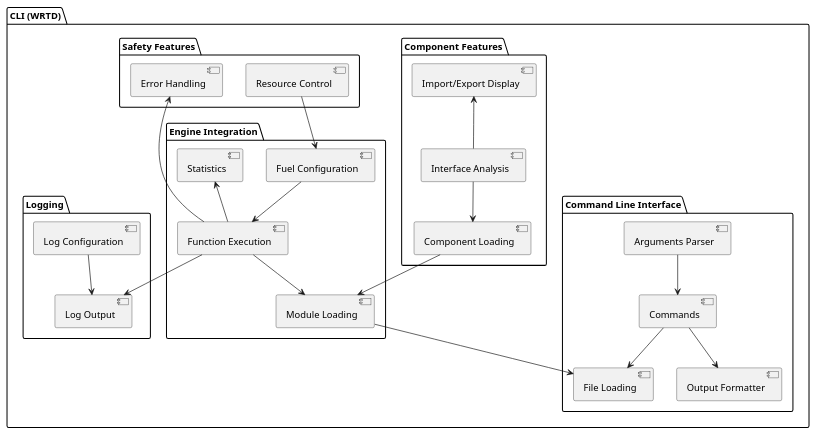
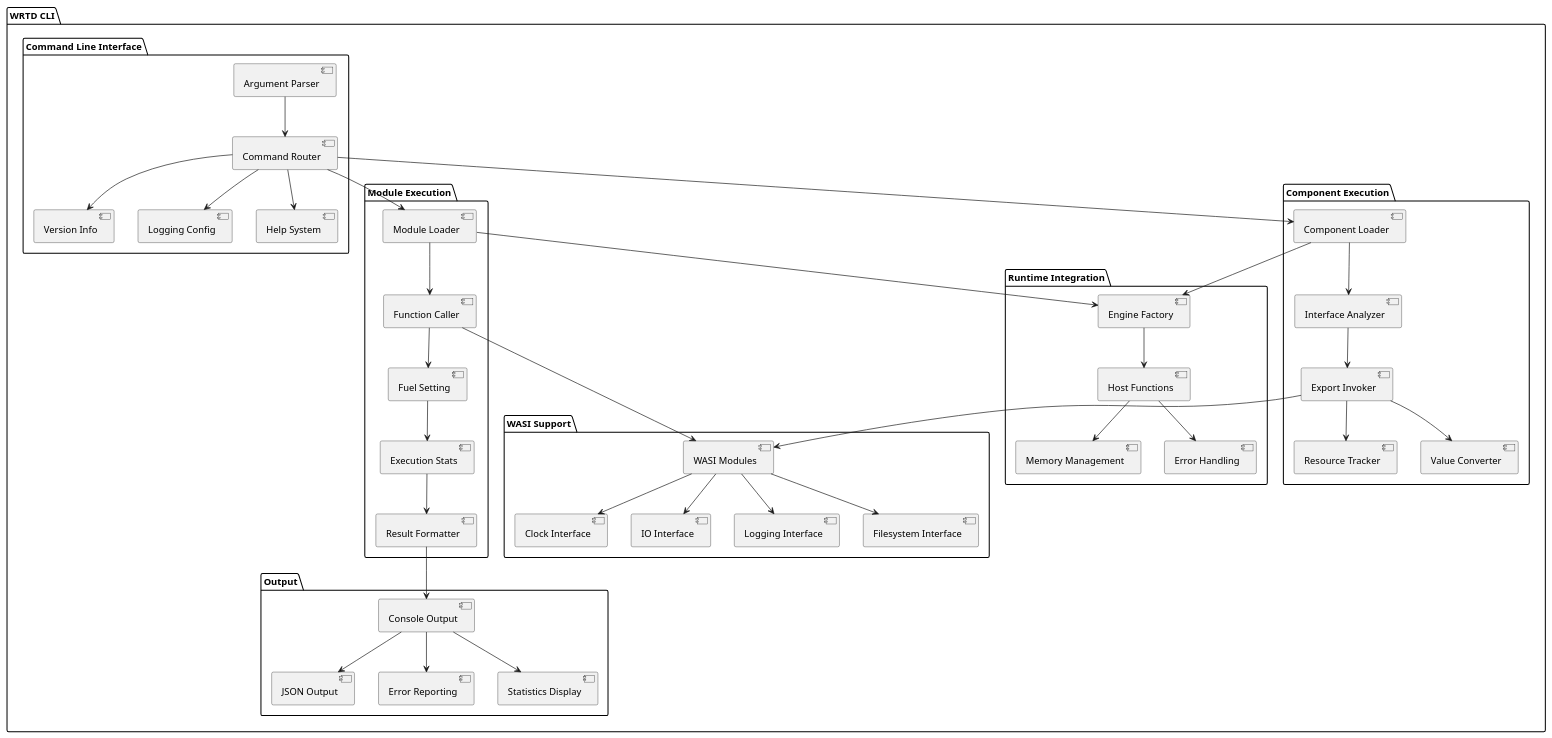
The diagram in docs/source/_static/cli_architecture.puml (pulseengine/wrt), drawn with PlantUML before and after one commit. The commit also changed 239 other files, not shown here.

Commit message:
feat(resource): implement WebAssembly Component Model resource management

```diff
--- a/docs/source/_static/cli_architecture.puml
+++ b/docs/source/_static/cli_architecture.puml
@@ -1,54 +1,87 @@
 @startuml
 
-package "CLI (WRTD)" {
+package "WRTD CLI" {
   package "Command Line Interface" {
-    [Arguments Parser] as ArgParser
-    [Commands] as Commands
-    [File Loading] as FileLoad
-    [Output Formatter] as Output
+    [Argument Parser] as ArgParser
+    [Command Router] as CmdRouter
+    [Help System] as Help
+    [Version Info] as Version
+    [Logging Config] as LogConfig
     
-    ArgParser --> Commands
-    Commands --> FileLoad
-    Commands --> Output
+    ArgParser --> CmdRouter
+    CmdRouter --> Help
+    CmdRouter --> Version
+    CmdRouter --> LogConfig
   }
   
-  package "Engine Integration" {
-    [Module Loading] as ModLoad
-    [Function Execution] as FuncExec
-    [Fuel Configuration] as FuelConfig
-    [Statistics] as Stats
+  package "Module Execution" {
+    [Module Loader] as ModLoader
+    [Function Caller] as FuncCaller
+    [Fuel Setting] as FuelSet
+    [Execution Stats] as ExecStats
+    [Result Formatter] as ResultFormat
     
-    ModLoad --> FileLoad
-    FuncExec --> ModLoad
-    FuelConfig --> FuncExec
-    Stats <-- FuncExec
+    ModLoader --> FuncCaller
+    FuncCaller --> FuelSet
+    FuelSet --> ExecStats
+    ExecStats --> ResultFormat
   }
   
-  package "Component Features" {
-    [Component Loading] as CompLoad
-    [Interface Analysis] as IntAnalysis
-    [Import/Export Display] as ImpExpDisplay
+  package "Component Execution" {
+    [Component Loader] as CompLoader
+    [Interface Analyzer] as InterfaceAnalyzer
+    [Export Invoker] as ExportInvoker
+    [Resource Tracker] as ResTracker
+    [Value Converter] as ValueConv
     
-    CompLoad --> ModLoad
-    IntAnalysis --> CompLoad
-    ImpExpDisplay <-- IntAnalysis
+    CompLoader --> InterfaceAnalyzer
+    InterfaceAnalyzer --> ExportInvoker
+    ExportInvoker --> ResTracker
+    ExportInvoker --> ValueConv
   }
   
-  package "Logging" {
-    [Log Configuration] as LogConfig
-    [Log Output] as LogOutput
+  package "WASI Support" {
+    [WASI Modules] as WASIModules
+    [Logging Interface] as LogInterface
+    [Filesystem Interface] as FSInterface
+    [Clock Interface] as ClockInterface
+    [IO Interface] as IOInterface
     
-    LogConfig --> LogOutput
-    FuncExec --> LogOutput
+    WASIModules --> LogInterface
+    WASIModules --> FSInterface
+    WASIModules --> ClockInterface
+    WASIModules --> IOInterface
   }
   
-  package "Safety Features" {
-    [Resource Control] as ResControl
-    [Error Handling] as ErrHandling
+  package "Runtime Integration" {
+    [Engine Factory] as EngineFactory
+    [Host Functions] as HostFuncs
+    [Memory Management] as MemManage
+    [Error Handling] as ErrorHandling
     
-    ResControl --> FuelConfig
-    ErrHandling <-- FuncExec
+    EngineFactory --> HostFuncs
+    HostFuncs --> MemManage
+    HostFuncs --> ErrorHandling
   }
+  
+  package "Output" {
+    [Console Output] as Console
+    [JSON Output] as JSON
+    [Error Reporting] as ErrorReport
+    [Statistics Display] as StatsDisplay
+    
+    Console --> JSON
+    Console --> ErrorReport
+    Console --> StatsDisplay
+  }
+  
+  CmdRouter --> ModLoader
+  CmdRouter --> CompLoader
+  ModLoader --> EngineFactory
+  CompLoader --> EngineFactory
+  FuncCaller --> WASIModules
+  ExportInvoker --> WASIModules
+  ResultFormat --> Console
 }
 
 @enduml 
```
